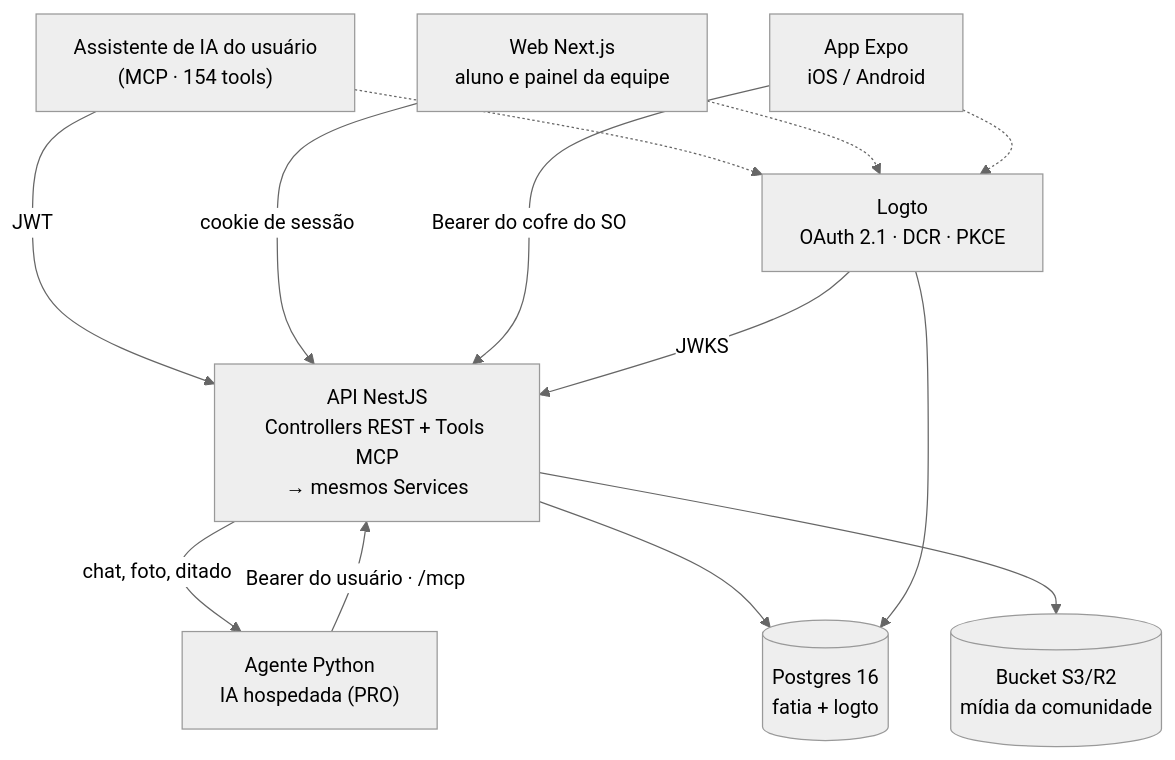
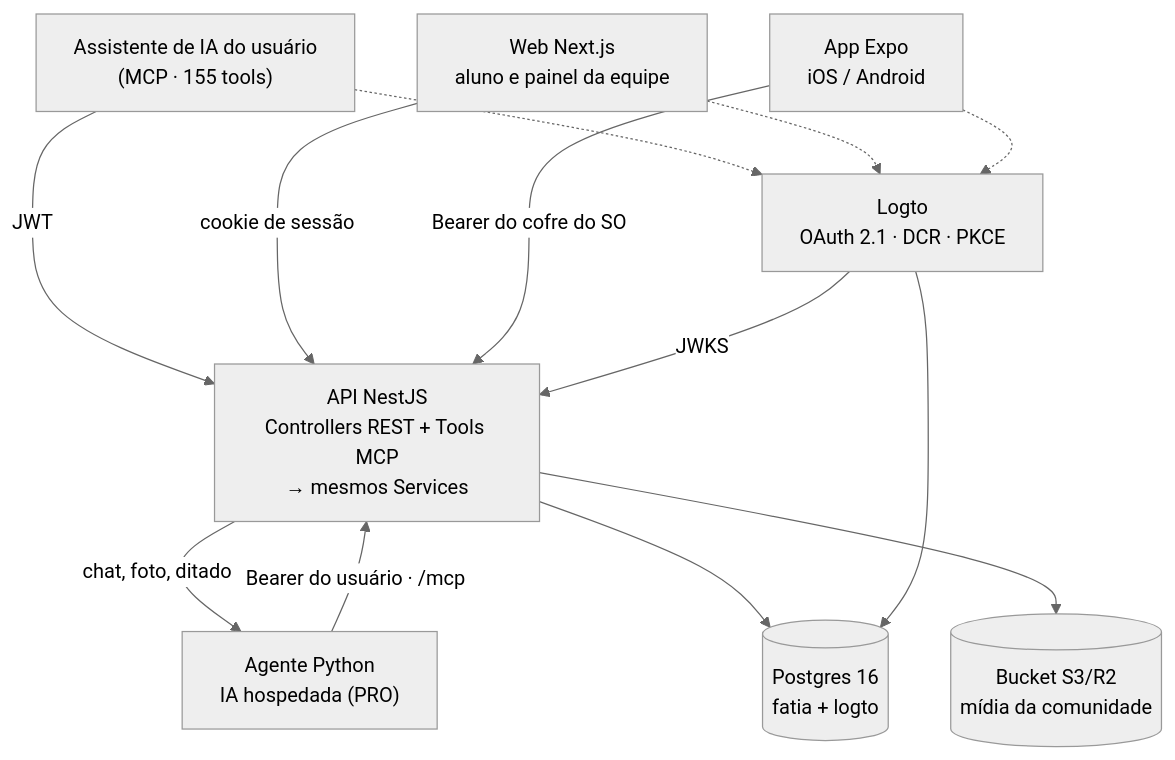
One commit to ThiagoCarreiraVallim/fatia changed the diagram in README.md. Above: the diagram before and after it, drawn with Mermaid (neutral theme). The commit also changed other lines of this file and 81 other files, not shown here.

````diff
--- a/README.md
+++ b/README.md
@@ -33,24 +33,24 @@
 ```mermaid
 flowchart TD
-    claude["Assistente de IA do usuário<br/>(MCP · 154 tools)"]
+    claude["Assistente de IA do usuário<br/>(MCP · 155 tools)"]
     pwa["Web Next.js<br/>aluno e painel da equipe"]
     mobile["App Expo<br/>iOS / Android"]
     agent["Agente Python<br/>IA hospedada (PRO)"]
     logto["Logto<br/>OAuth 2.1 · DCR · PKCE"]
     api["API NestJS<br/>Controllers REST + Tools MCP<br/>→ mesmos Services"]
     pg[("Postgres 16<br/>fatia + logto")]
     s3[("Bucket S3/R2<br/>mídia da comunidade")]
 
     claude -- "JWT" --> api
     pwa -- "cookie de sessão" --> api
     mobile -- "Bearer do cofre do SO" --> api
     api -- "chat, foto, ditado" --> agent
     agent -- "Bearer do usuário · /mcp" --> api
     claude -.-> logto
     pwa -.-> logto
     mobile -.-> logto
     logto -- "JWKS" --> api
     api --> pg
     api --> s3
     logto --> pg
 ```
````
